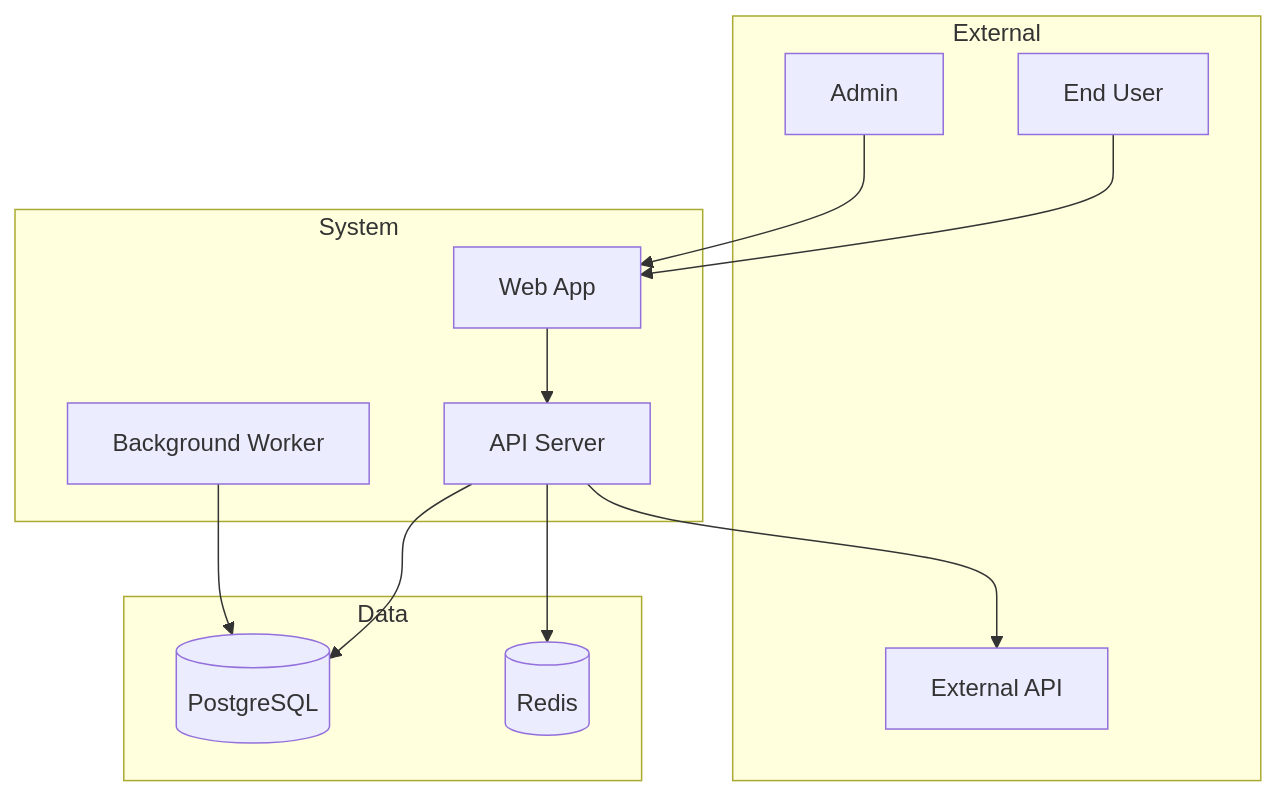
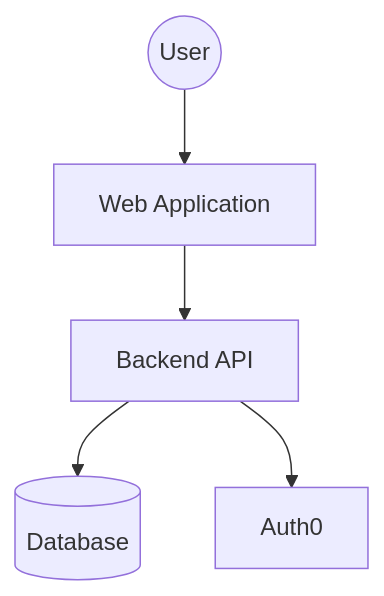
The first of 3 diagrams in guides/architecture-for-ai/architecture-for-ai.md (jerdaw/agentic-best-practices), drawn with Mermaid before and after one commit. The commit also changed other lines of this file, not shown here.

Commit message:
docs: update architecture-for-ai

````diff
--- a/guides/architecture-for-ai/architecture-for-ai.md
+++ b/guides/architecture-for-ai/architecture-for-ai.md
@@ -168,27 +64,13 @@
 ```mermaid
-graph TB
-    subgraph External
-        User[End User]
-        Admin[Admin]
-        ExtAPI[External API]
-    end
-    
-    subgraph System
-        Web[Web App]
-        API[API Server]
-        Worker[Background Worker]
-    end
-    
-    subgraph Data
-        DB[(PostgreSQL)]
-        Cache[(Redis)]
-    end
-    
-    User --> Web
-    Admin --> Web
-    Web --> API
+graph TD
+    User((User))
+    App[Web Application]
+    API[Backend API]
+    DB[(Database)]
+    Auth[Auth0]
+
+    User --> App
+    App --> API
     API --> DB
-    API --> Cache
-    Worker --> DB
-    API --> ExtAPI
+    API --> Auth
 ```
````
